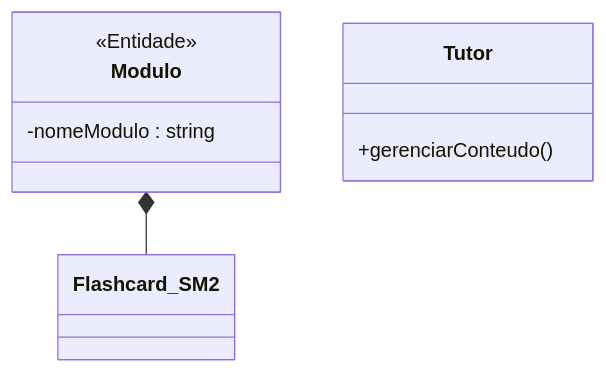
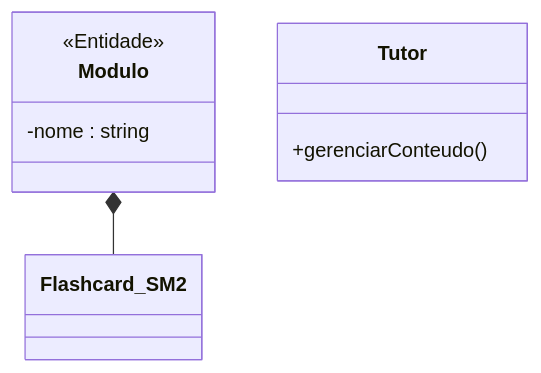
The first of 2 diagrams in 02_Modelagem_UML_Astah/UC05_Gerenciar_Conteudo_Cartas/README.md (MayconDIS/PIM_III-Documentacao_UML), drawn with Mermaid before and after one commit. The commit also changed other lines of this file and 234 other files, not shown here.

````diff
--- a/02_Modelagem_UML_Astah/UC05_Gerenciar_Conteudo_Cartas/README.md
+++ b/02_Modelagem_UML_Astah/UC05_Gerenciar_Conteudo_Cartas/README.md
@@ -44,11 +33,11 @@
 ```mermaid
 classDiagram
     Modulo *-- Flashcard_SM2
     class Tutor {
         +gerenciarConteudo()
     }
     class Modulo {
         <<Entidade>>
-        -nomeModulo : string
+        -nome : string
     }
 ```
````
